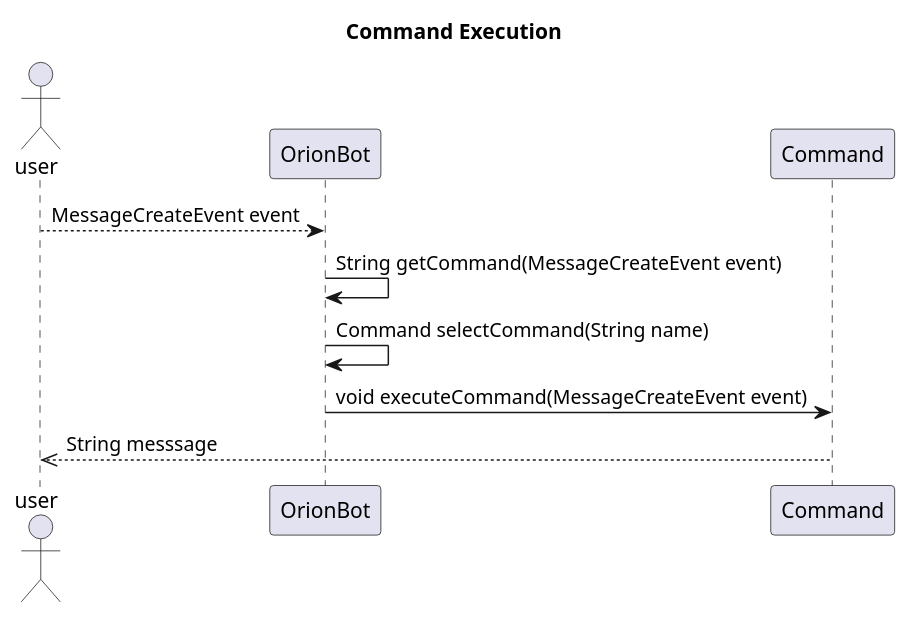
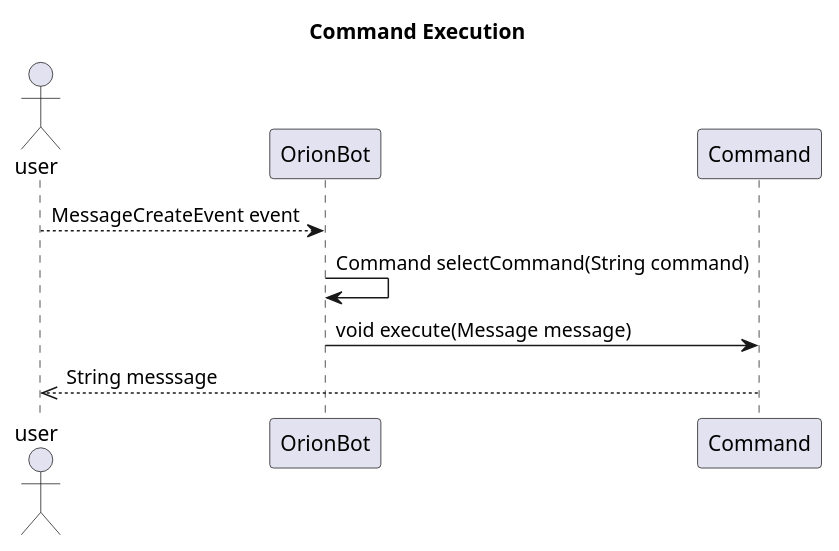
One commit to oibaf-ifrs/bot changed the diagram in docs/uml/sequence.puml. Above: the diagram before and after it, drawn with PlantUML. The commit also changed 10 other files, not shown here.

```diff
--- a/docs/uml/sequence.puml
+++ b/docs/uml/sequence.puml
@@ -1,13 +1,12 @@
 @startuml
 title Command Execution
 
 actor user as user
 participant OrionBot as bot
 participant Command as command
 
 user-->bot: MessageCreateEvent event
-bot->bot: String getCommand(MessageCreateEvent event)
-bot->bot: Command selectCommand(String name)
-bot->command: void executeCommand(MessageCreateEvent event)
+bot->bot: Command selectCommand(String command)
+bot->command: void execute(Message message)
 command-->>user: String messsage
 @enduml
```
